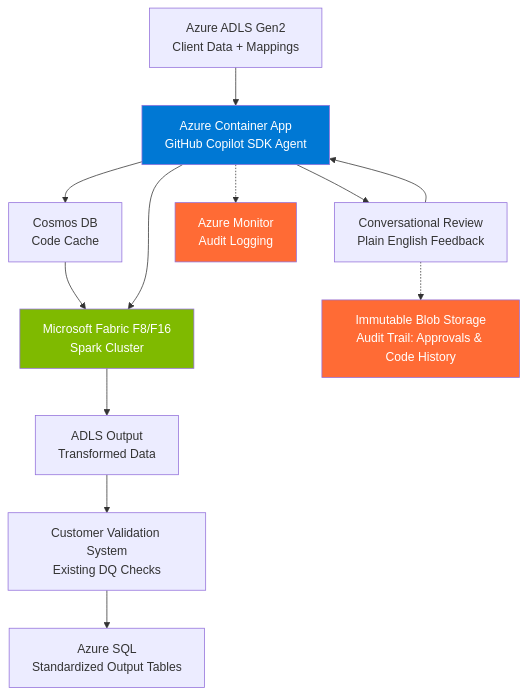
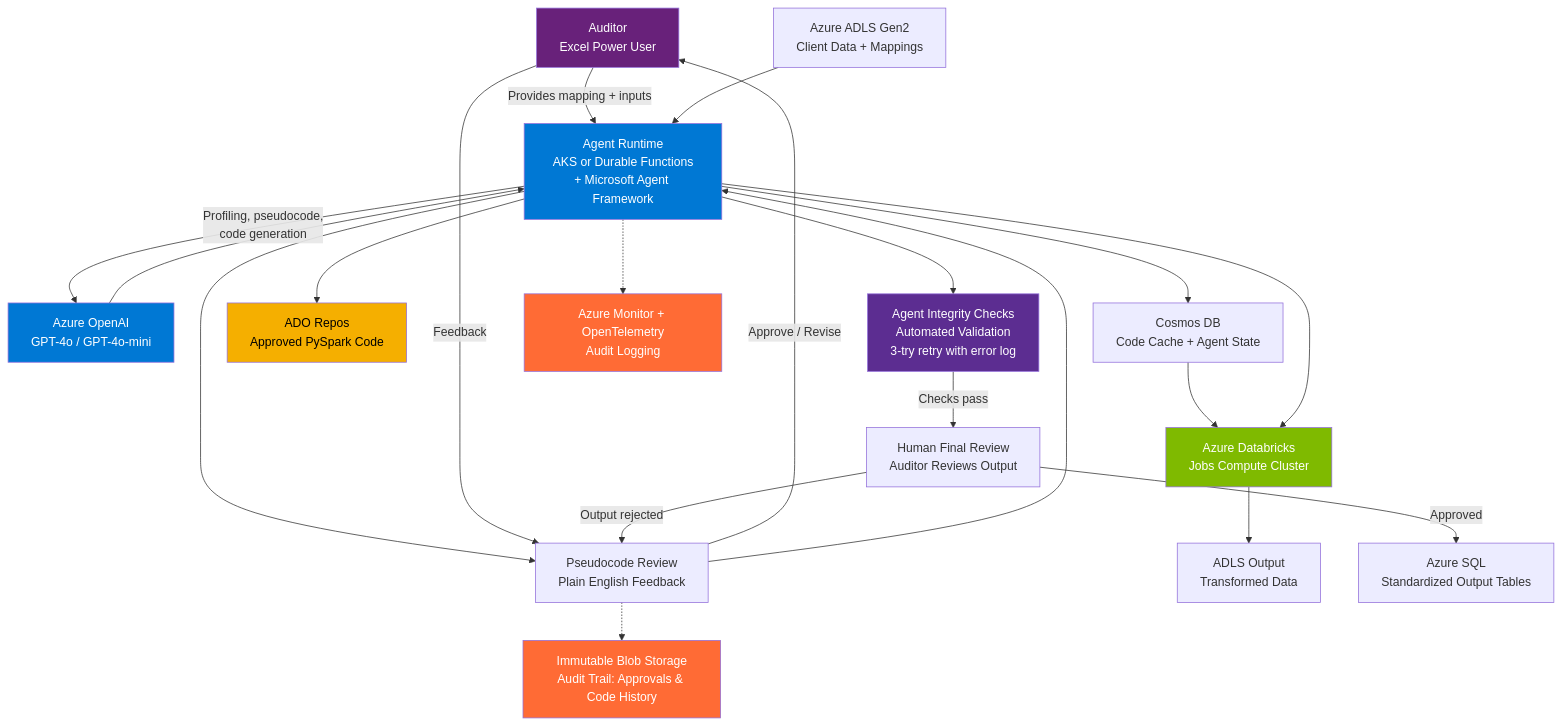
The diagram in docs/design.md (DanGiannone1/data-engineering-agent), drawn with Mermaid before and after one commit. The commit also changed other lines of this file and 7 other files, not shown here.

First line of the commit message:
Update all docs for Jan 30 customer call: AKS/Durable Functions pivot, realistic volumes, reference architecture

````diff
--- a/docs/design.md
+++ b/docs/design.md
@@ -84,20 +90,32 @@
 ```mermaid
 graph TD
-    A[Azure ADLS Gen2<br/>Client Data + Mappings] --> B[Azure Container App<br/>GitHub Copilot SDK Agent]
-    B --> C[Conversational Review<br/>Plain English Feedback]
+    U[Auditor<br/>Excel Power User] -->|Provides mapping + inputs| B
+    A[Azure ADLS Gen2<br/>Client Data + Mappings] --> B[Agent Runtime<br/>AKS or Durable Functions<br/>+ Microsoft Agent Framework]
+    B -->|Profiling, pseudocode,<br/>code generation| L[Azure OpenAI<br/>GPT-4o / GPT-4o-mini]
+    L --> B
+    B --> C[Pseudocode Review<br/>Plain English Feedback]
+    C -->|Approve / Revise| U
+    U -->|Feedback| C
     C --> B
-    B --> D[Cosmos DB<br/>Code Cache]
-    D --> E[Microsoft Fabric F8/F16<br/>Spark Cluster]
+    B --> D[Cosmos DB<br/>Code Cache + Agent State]
+    B --> R[ADO Repos<br/>Approved PySpark Code]
+    D --> E[Azure Databricks<br/>Jobs Compute Cluster]
     B --> E
     E --> F[ADLS Output<br/>Transformed Data]
-    F --> G[Customer Validation System<br/>Existing DQ Checks]
-    G --> H[Azure SQL<br/>Standardized Output Tables]
-    
-    B -.-> I[Azure Monitor<br/>Audit Logging]
-    C -.-> J[Immutable Blob Storage<br/>Audit Trail: Approvals & Code History]
-    
+    B --> G[Agent Integrity Checks<br/>Automated Validation<br/>3-try retry with error log]
+    G -->|Checks pass| H[Human Final Review<br/>Auditor Reviews Output]
+    H -->|Output rejected| C
+    H -->|Approved| I[Azure SQL<br/>Standardized Output Tables]
+
+    B -.-> J[Azure Monitor + OpenTelemetry<br/>Audit Logging]
+    C -.-> K[Immutable Blob Storage<br/>Audit Trail: Approvals & Code History]
+
     style B fill:#0078d4,color:#fff
+    style L fill:#0078d4,color:#fff
     style E fill:#7fba00,color:#fff
-    style I fill:#ff6b35,color:#fff
+    style G fill:#5c2d91,color:#fff
     style J fill:#ff6b35,color:#fff
+    style K fill:#ff6b35,color:#fff
+    style U fill:#68217a,color:#fff
+    style R fill:#f5af00,color:#000
 ```
````
